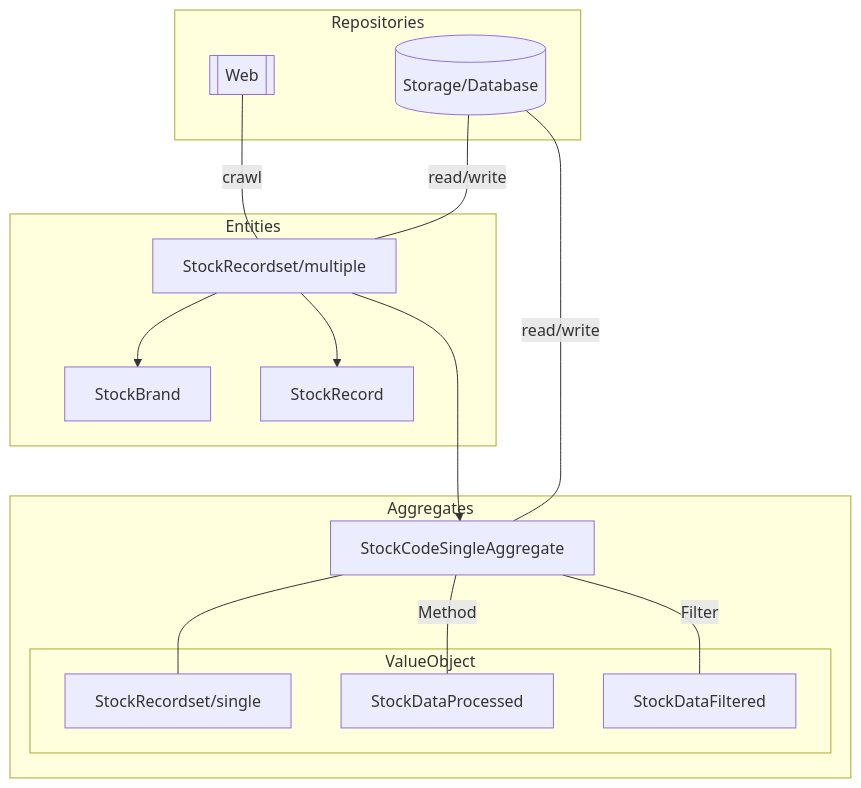
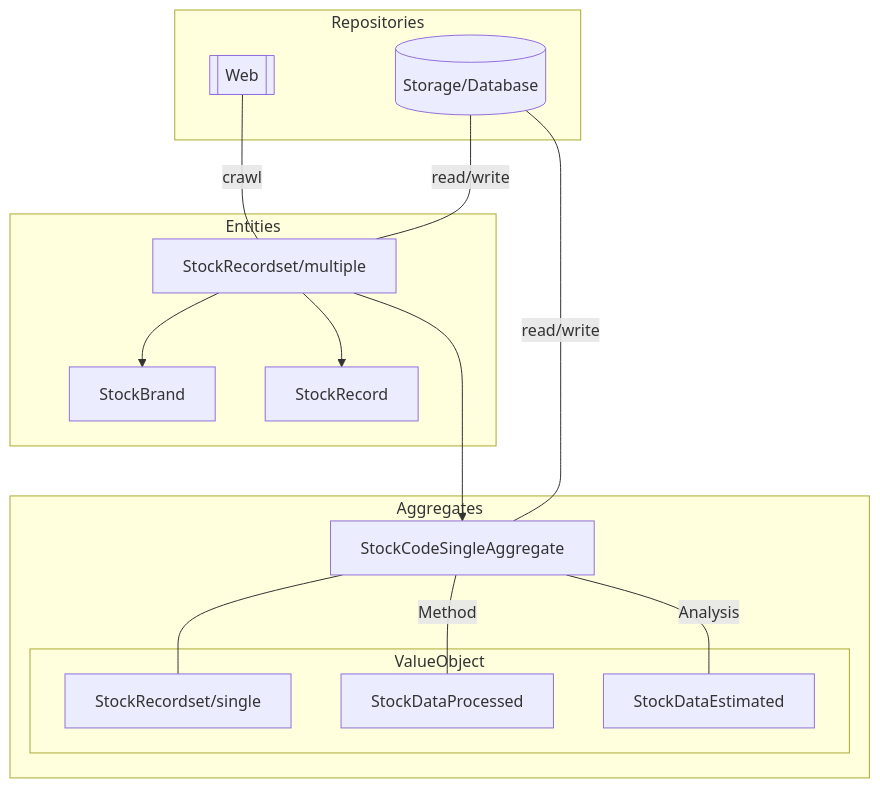
The diagram in README.md (gsy0911/kabutobashi), drawn with Mermaid before and after one commit. The commit also changed other lines of this file and 1 other file, not shown here.

````diff
--- a/README.md
+++ b/README.md
@@ -17,32 +17,32 @@
 ```mermaid
 graph TD;
   subgraph Aggregates
     aggregate[StockCodeSingleAggregate]
     aggregate --- recordset_single
     aggregate --- |Method| processed
-    aggregate --- |Filter| filtered
+    aggregate --- |Analysis| estimated
      
     subgraph ValueObject
       recordset_single[StockRecordset/single]
       processed[StockDataProcessed]
-      filtered[StockDataFiltered]
+      estimated[StockDataEstimated]
     end
   end
   
   subgraph Entities
     recordset[StockRecordset/multiple]
     brand[StockBrand]
     record[StockRecord]
     
     recordset --> brand
     recordset --> record
     recordset ---> aggregate
   end
 
   subgraph Repositories
     web[[Web]] --- | crawl | recordset
     repositories[(Storage/Database)] --- | read/write | recordset
     
     repositories --- | read/write | aggregate
   end
 ```
````
